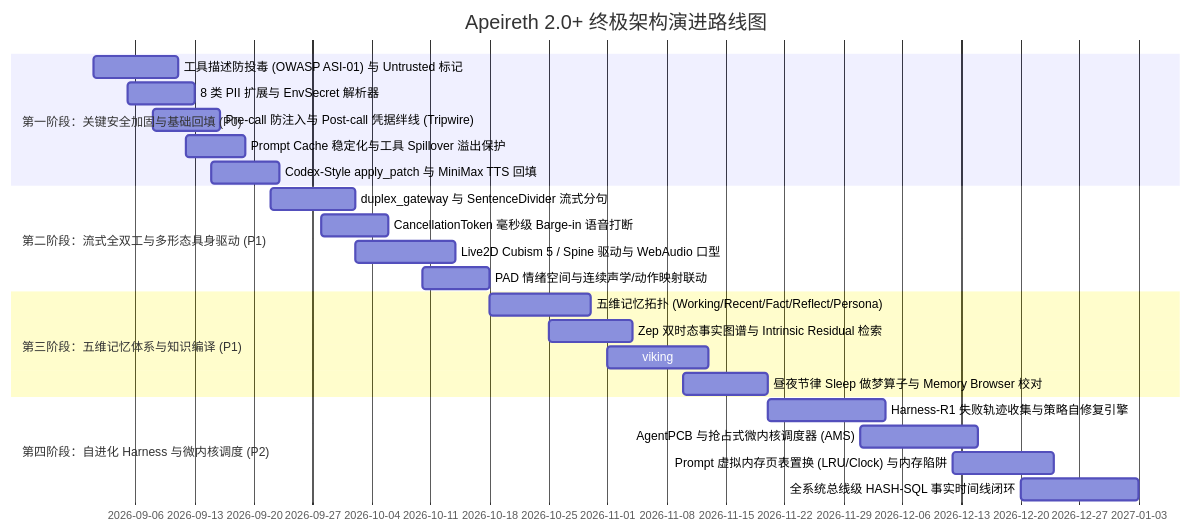
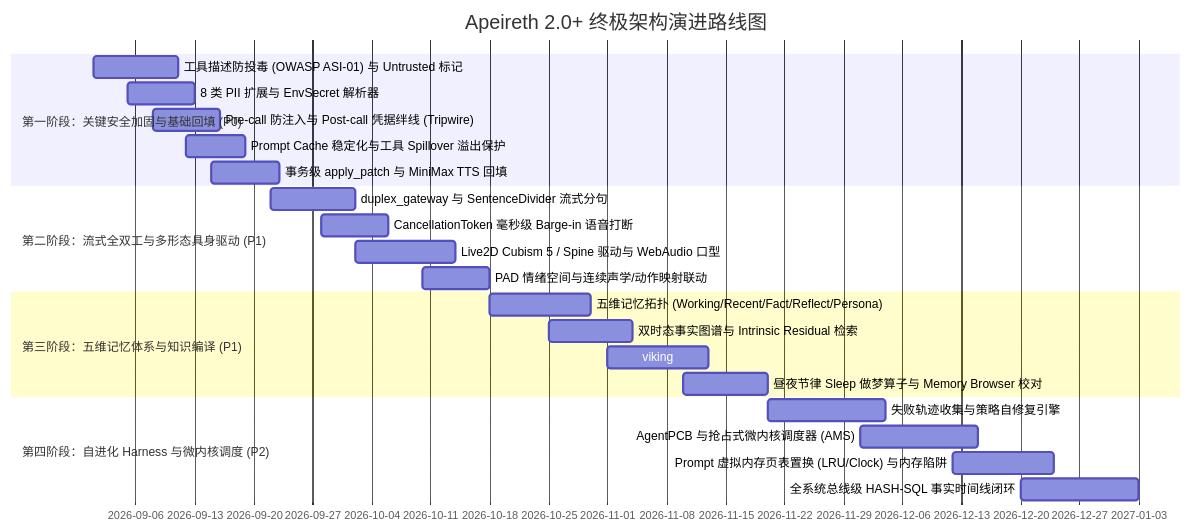
The diagram in docs/01-architecture/v2-master-lineage-and-upgrade-blueprint.md (Apeireth/Apeireth), drawn with Mermaid before and after one commit. The commit also changed other lines of this file and 19 other files, not shown here.

````diff
--- a/docs/01-architecture/v2-master-lineage-and-upgrade-blueprint.md
+++ b/docs/01-architecture/v2-master-lineage-and-upgrade-blueprint.md
@@ -215,29 +215,29 @@
 ```mermaid
 gantt
     title Apeireth 2.0+ 终极架构演进路线图
     dateFormat  YYYY-MM-DD
     section 第一阶段：关键安全加固与基础回填 (P0)
     工具描述防投毒 (OWASP ASI-01) 与 Untrusted 标记 :2026-09-01, 10d
     8 类 PII 扩展与 EnvSecret 解析器               :2026-09-05, 8d
     Pre-call 防注入与 Post-call 凭据绊线 (Tripwire) :2026-09-08, 8d
     Prompt Cache 稳定化与工具 Spillover 溢出保护   :2026-09-12, 7d
-    Codex-Style apply_patch 与 MiniMax TTS 回填    :2026-09-15, 8d
+    事务级 apply_patch 与 MiniMax TTS 回填    :2026-09-15, 8d
 
     section 第二阶段：流式全双工与多形态具身驱动 (P1)
     duplex_gateway 与 SentenceDivider 流式分句     :2026-09-22, 10d
     CancellationToken 毫秒级 Barge-in 语音打断     :2026-09-28, 8d
     Live2D Cubism 5 / Spine 驱动与 WebAudio 口型   :2026-10-02, 12d
     PAD 情绪空间与连续声学/动作映射联动            :2026-10-10, 8d
 
     section 第三阶段：五维记忆体系与知识编译 (P1)
     五维记忆拓扑 (Working/Recent/Fact/Reflect/Persona):2026-10-18, 12d
-    Zep 双时态事实图谱与 Intrinsic Residual 检索  :2026-10-25, 10d
-    viking:// 虚拟分层文件系统与 LLM-Wiki 增量编译 :2026-11-01, 12d
+    双时态事实图谱与 Intrinsic Residual 检索  :2026-10-25, 10d
+    viking:// 虚拟分层文件系统与知识增量编译 :2026-11-01, 12d
     昼夜节律 Sleep 做梦算子与 Memory Browser 校对 :2026-11-10, 10d
 
     section 第四阶段：自进化 Harness 与微内核调度 (P2)
-    Harness-R1 失败轨迹收集与策略自修复引擎        :2026-11-20, 14d
+    失败轨迹收集与策略自修复引擎        :2026-11-20, 14d
     AgentPCB 与抢占式微内核调度器 (AMS)           :2026-12-01, 14d
     Prompt 虚拟内存页表置换 (LRU/Clock) 与内存陷阱 :2026-12-12, 12d
     全系统总线级 HASH-SQL 事实时间线闭环           :2026-12-20, 14d
 ```
````
